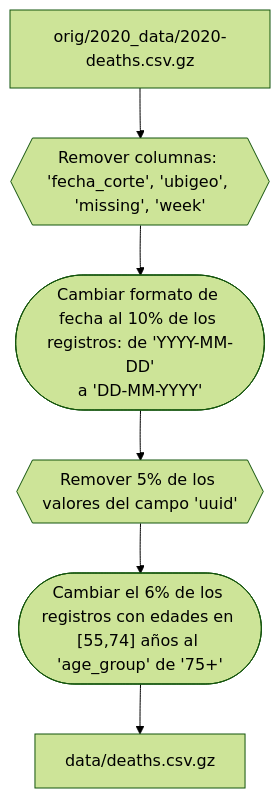
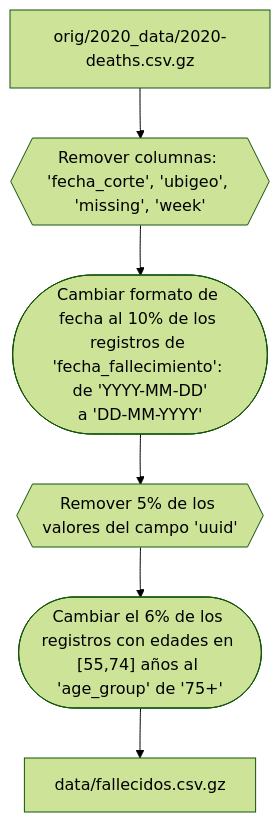
Before and after one commit to jmcastagnetto/workshop3-taller-dia1: the first of 2 diagrams in README.md, drawn with Mermaid. The commit also changed other lines of this file, not shown here.

Commit message:
flow for second dataset

````diff
--- a/README.md
+++ b/README.md
@@ -29,9 +29,9 @@
 ```mermaid
 %%{init: {'theme':'forest'}}%%
 graph TD
     A["orig/2020_data/2020-deaths.csv.gz"] --> B{{"Remover columnas: 'fecha_corte', 'ubigeo', 'missing', 'week'"}}
-    B --> C(["Cambiar formato de fecha al 10% de los registros: de 'YYYY-MM-DD'<br>a 'DD-MM-YYYY'"])
+    B --> C(["Cambiar formato de fecha al 10% de los registros de 'fecha_fallecimiento': de 'YYYY-MM-DD'<br>a 'DD-MM-YYYY'"])
     C --> D{{"Remover 5% de los valores del campo 'uuid'"}}
     D --> E(["Cambiar el 6% de los registros con edades en [55,74] años al 'age_group' de '75+'"])
-    E --> F["data/deaths.csv.gz"]
+    E --> F["data/fallecidos.csv.gz"]
 ```
````
